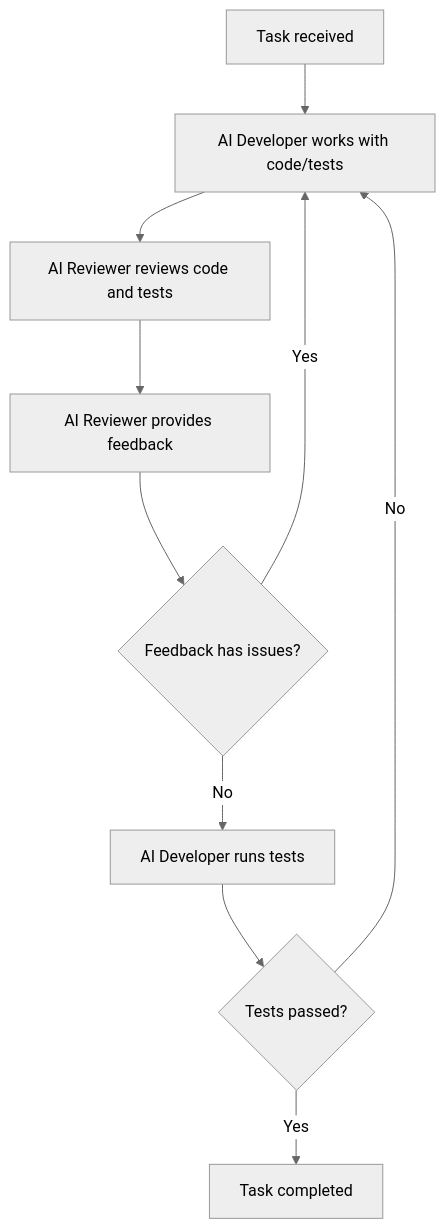
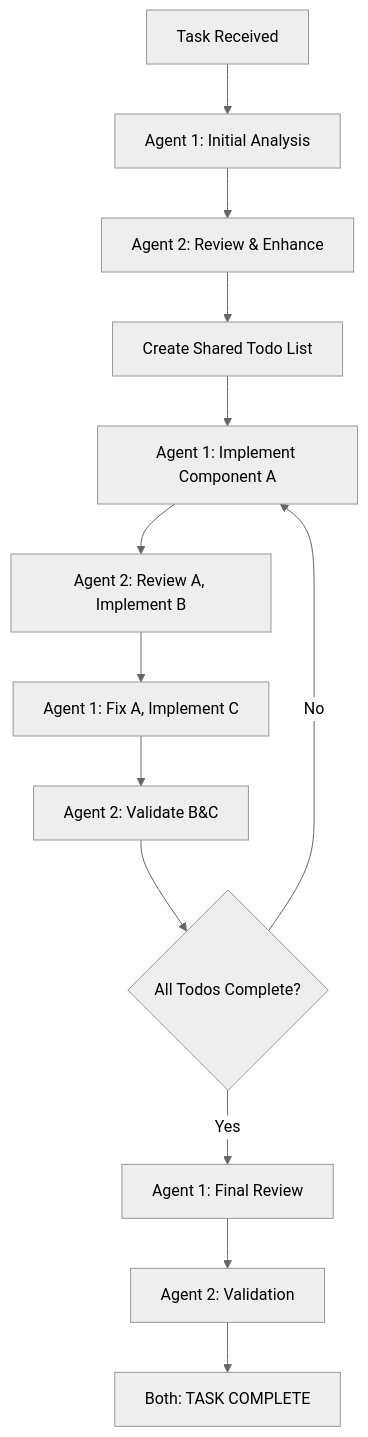
One commit to o2alexanderfedin/Nolock.social.frontends changed the diagram in .claude/commands/do-task.md. Above: the diagram before and after it, drawn with Mermaid (neutral theme). The commit also changed other lines of this file, not shown here.

First line of the commit message:
docs: enhance do-task command with explicit agent coordination rules

````diff
--- a/.claude/commands/do-task.md
+++ b/.claude/commands/do-task.md
@@ -101,15 +241,17 @@
 ```mermaid
 flowchart TD
-    A[Task received] --> B[AI Developer works with code/tests]
+    A[Task Received] --> B[Agent 1: Initial Analysis]
+    B --> C[Agent 2: Review & Enhance]
+    C --> D[Create Shared Todo List]
     
-    B --> C[AI Reviewer reviews code and tests]
-    C --> D[AI Reviewer provides feedback]
-    D --> E{Feedback has issues?}
+    D --> E[Agent 1: Implement Component A]
+    E --> F[Agent 2: Review A, Implement B]
+    F --> G[Agent 1: Fix A, Implement C]
+    G --> H[Agent 2: Validate B&C]
     
-    E -->|Yes| B
-    E -->|No| F[AI Developer runs tests]
-    F --> G{Tests passed?}
-    
-    G -->|No| B
-    G -->|Yes| H[Task completed]
+    H --> I{All Todos Complete?}
+    I -->|No| E
+    I -->|Yes| J[Agent 1: Final Review]
+    J --> K[Agent 2: Validation]
+    K --> L[Both: TASK COMPLETE]
 ```
````
